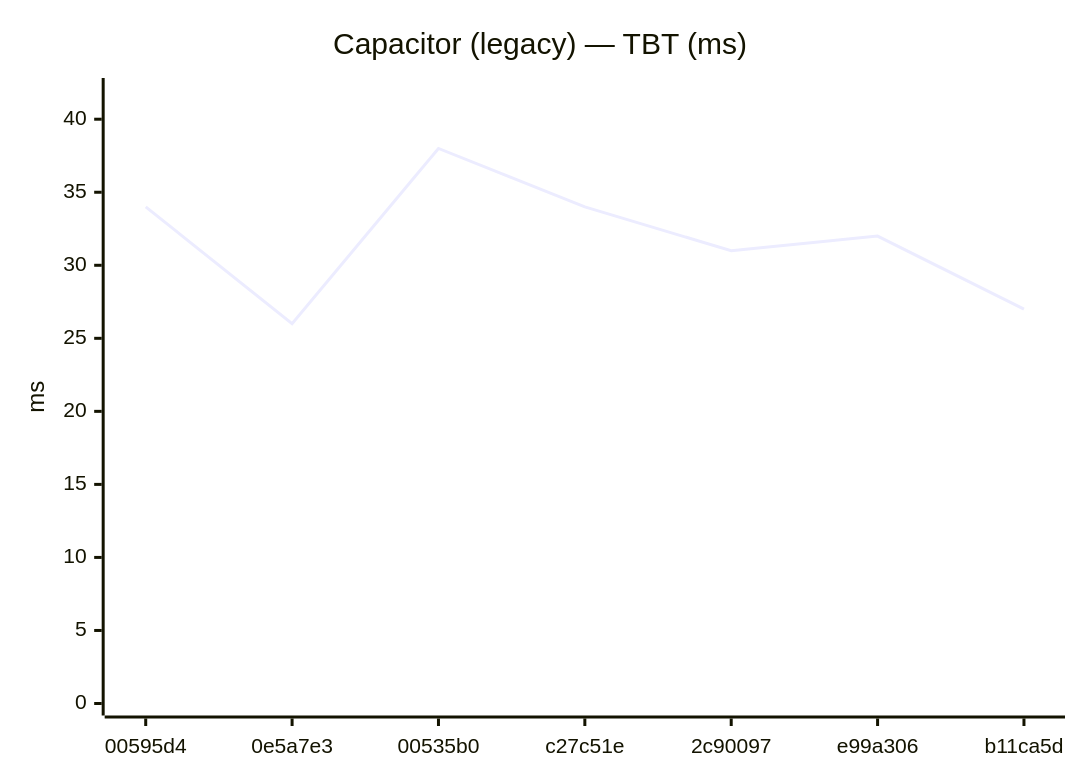
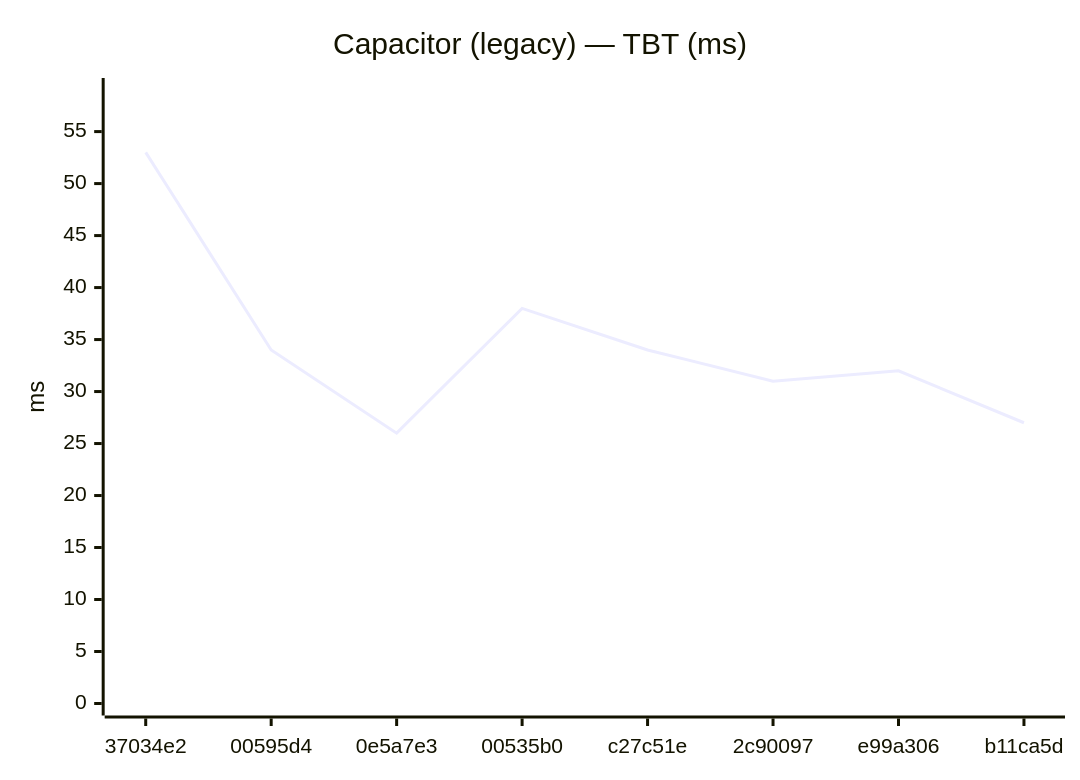
The sixth of 24 diagrams in benchmarks/compare.md (Metaheurist/Rianell), drawn with Mermaid before and after one commit. The commit also changed other lines of this file and 12 other files, not shown here.

````diff
--- a/benchmarks/compare.md
+++ b/benchmarks/compare.md
@@ -82,7 +85,7 @@
 ```mermaid
 xychart-beta
     title "Capacitor (legacy) — TBT (ms)"
-    x-axis ["00595d4", "0e5a7e3", "00535b0", "c27c51e", "2c90097", "e99a306", "b11ca5d"]
-    y-axis "ms" 0 --> 42
-    line [34, 26, 38, 34, 31, 32, 27]
+    x-axis ["37034e2", "00595d4", "0e5a7e3", "00535b0", "c27c51e", "2c90097", "e99a306", "b11ca5d"]
+    y-axis "ms" 0 --> 59
+    line [53, 34, 26, 38, 34, 31, 32, 27]
 ```
````
